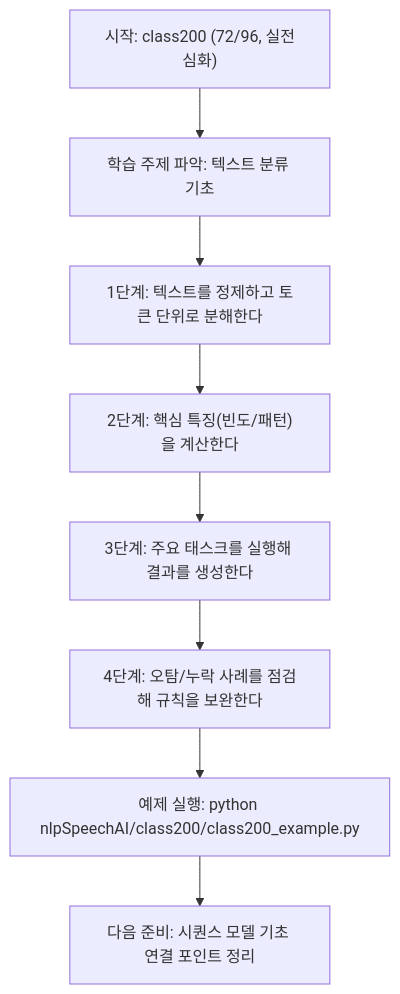
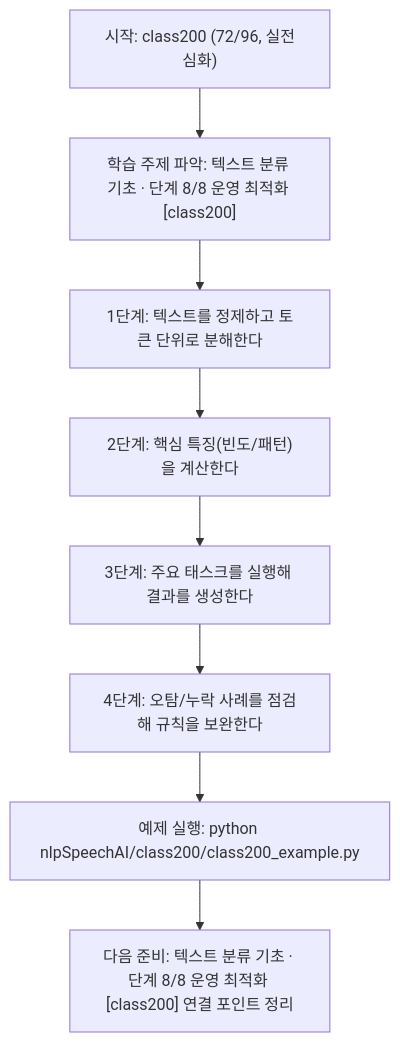
Before and after one commit to edumgt/Python-AI_Agent-Class: the diagram in nlpSpeechAI/class200/class200.md, drawn with Mermaid. The commit also changed other lines of this file and 522 other files, not shown here.

````diff
--- a/nlpSpeechAI/class200/class200.md
+++ b/nlpSpeechAI/class200/class200.md
@@ -113,18 +114,18 @@
 ```mermaid
 flowchart TD
 N1["시작: class200 (72/96, 실전심화)"]
-N2["학습 주제 파악: 텍스트 분류 기초"]
+N2["학습 주제 파악: 텍스트 분류 기초 · 단계 8/8 운영 최적화 [class200]"]
 N3["1단계: 텍스트를 정제하고 토큰 단위로 분해한다"]
 N4["2단계: 핵심 특징(빈도/패턴)을 계산한다"]
 N5["3단계: 주요 태스크를 실행해 결과를 생성한다"]
 N6["4단계: 오탐/누락 사례를 점검해 규칙을 보완한다"]
 N7["예제 실행: python nlpSpeechAI/class200/class200_example.py"]
-N8["다음 준비: 시퀀스 모델 기초 연결 포인트 정리"]
+N8["다음 준비: 텍스트 분류 기초 · 단계 8/8 운영 최적화 [class200] 연결 포인트 정리"]
 N1 --> N2
 N2 --> N3
 N3 --> N4
 N4 --> N5
 N5 --> N6
 N6 --> N7
 N7 --> N8
 ```
````
